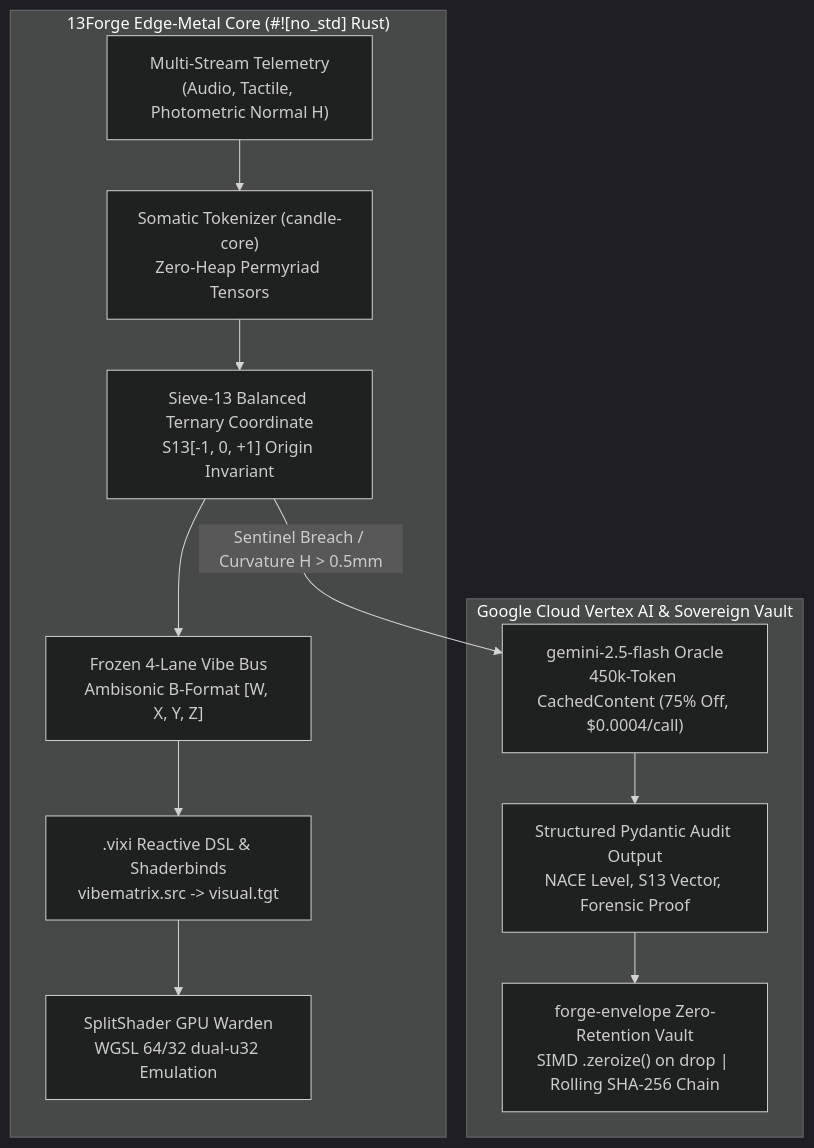
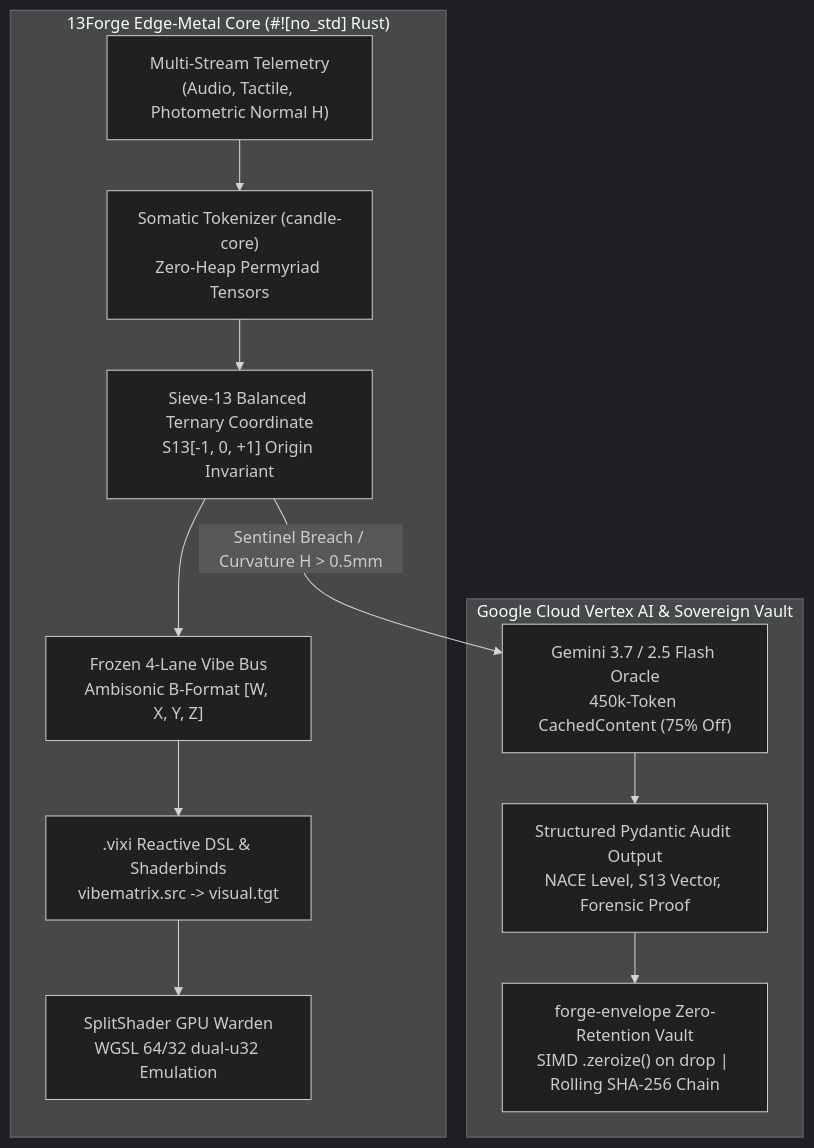
The diagram in crates/forge-envelope/docs/SUBMISSION_ENTRY.md (deveraux-dev/Nistam-Dream-Engine-Sovereign-Silicon-Socratic-Mind), drawn with Mermaid (dark theme) before and after one commit. The commit also changed other lines of this file and 3517 other files, not shown here.

````diff
--- a/crates/forge-envelope/docs/SUBMISSION_ENTRY.md
+++ b/crates/forge-envelope/docs/SUBMISSION_ENTRY.md
@@ -38,16 +38,16 @@
 ```mermaid
 flowchart TB
     subgraph EdgeMetal ["13Forge Edge-Metal Core (#![no_std] Rust)"]
         Sensors["Multi-Stream Telemetry\n(Audio, Tactile, Photometric Normal H)"] --> Somatic["Somatic Tokenizer (candle-core)\nZero-Heap Permyriad Tensors"]
         Somatic --> S13["Sieve-13 Balanced Ternary Coordinate\nS13[-1, 0, +1] Origin Invariant"]
         S13 --> VibeBus["Frozen 4-Lane Vibe Bus\nAmbisonic B-Format [W, X, Y, Z]"]
         VibeBus --> ReactiveDSL[".vixi Reactive DSL & Shaderbinds\nvibematrix.src -> visual.tgt"]
         ReactiveDSL --> SplitShader["SplitShader GPU Warden\nWGSL 64/32 dual-u32 Emulation"]
     end
 
     subgraph SovereignCloud ["Google Cloud Vertex AI & Sovereign Vault"]
-        S13 -- "Sentinel Breach / Curvature H > 0.5mm" --> VertexAI["gemini-2.5-flash Oracle\n450k-Token CachedContent (75% Off, $0.0004/call)"]
+        S13 -- "Sentinel Breach / Curvature H > 0.5mm" --> VertexAI["Gemini 3.7 / 2.5 Flash Oracle\n450k-Token CachedContent (75% Off)"]
         VertexAI --> Schema["Structured Pydantic Audit Output\nNACE Level, S13 Vector, Forensic Proof"]
         Schema --> Envelope["forge-envelope Zero-Retention Vault\nSIMD .zeroize() on drop | Rolling SHA-256 Chain"]
     end
 ```
````
